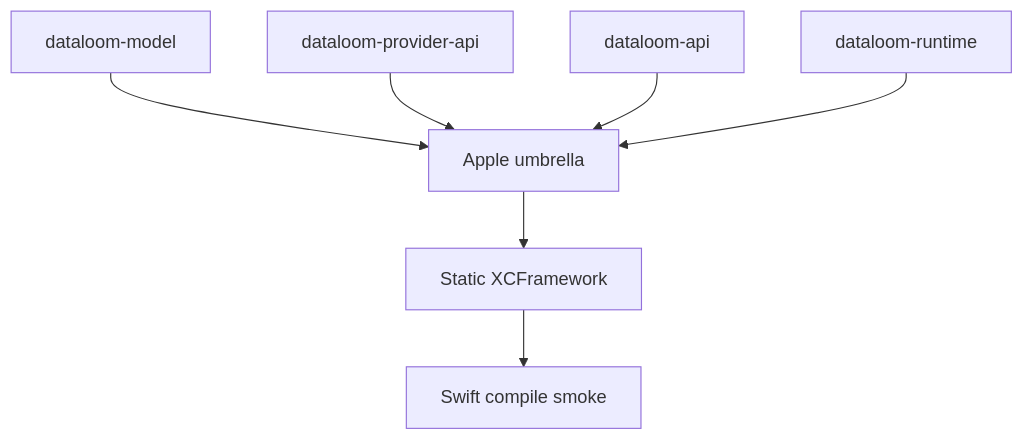
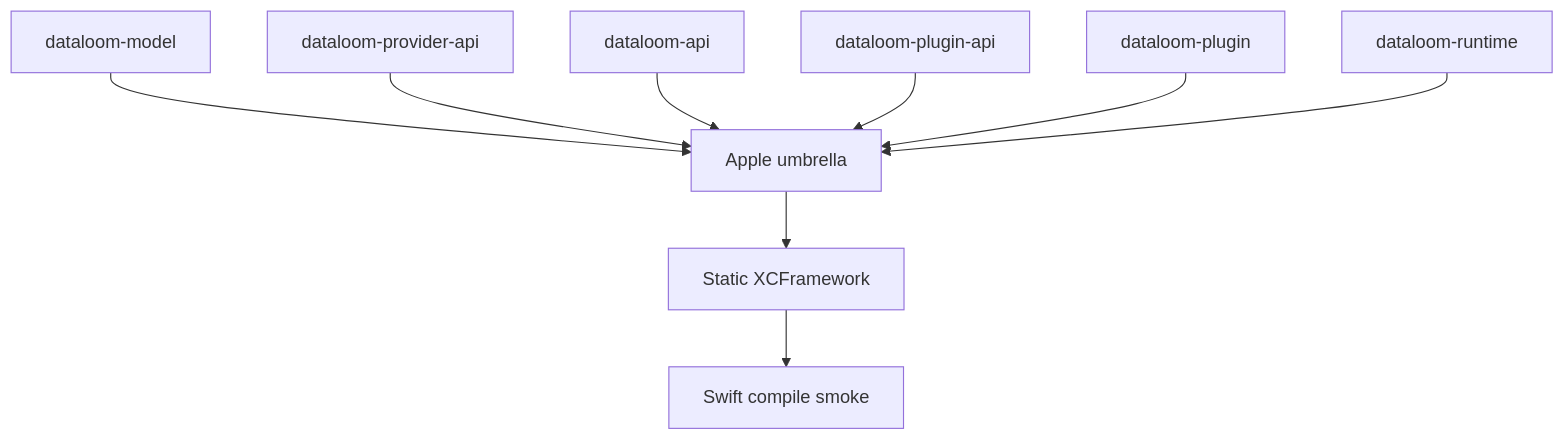
The diagram in docs/apple/xcframework-integration.md (dataloom-sdk/dataloom), drawn with Mermaid before and after one commit. The commit also changed other lines of this file and 42 other files, not shown here.

First line of the commit message:
[#98] Relocate plugin engine to dataloom-plugin and wire into DataLoomBuilder (#405)

````diff
--- a/docs/apple/xcframework-integration.md
+++ b/docs/apple/xcframework-integration.md
@@ -30,9 +30,11 @@
 ```mermaid
 flowchart TD
     model["dataloom-model"] --> appleUmbrella["Apple umbrella"]
     providerApi["dataloom-provider-api"] --> appleUmbrella
     api["dataloom-api"] --> appleUmbrella
+    pluginApi["dataloom-plugin-api"] --> appleUmbrella
+    plugin["dataloom-plugin"] --> appleUmbrella
     runtime["dataloom-runtime"] --> appleUmbrella
     appleUmbrella --> framework["Static XCFramework"]
     framework --> swiftSmoke["Swift compile smoke"]
 ```
````
